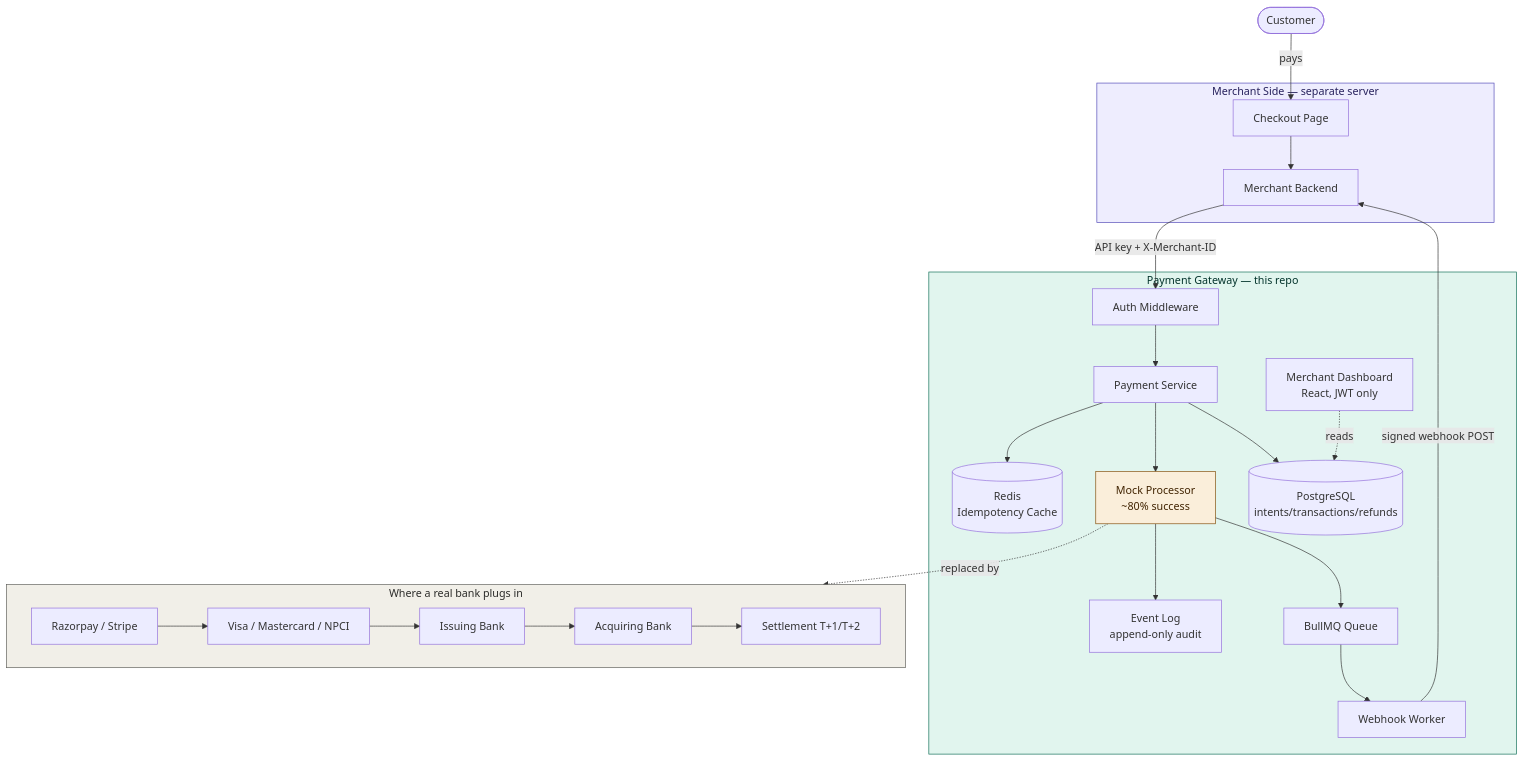
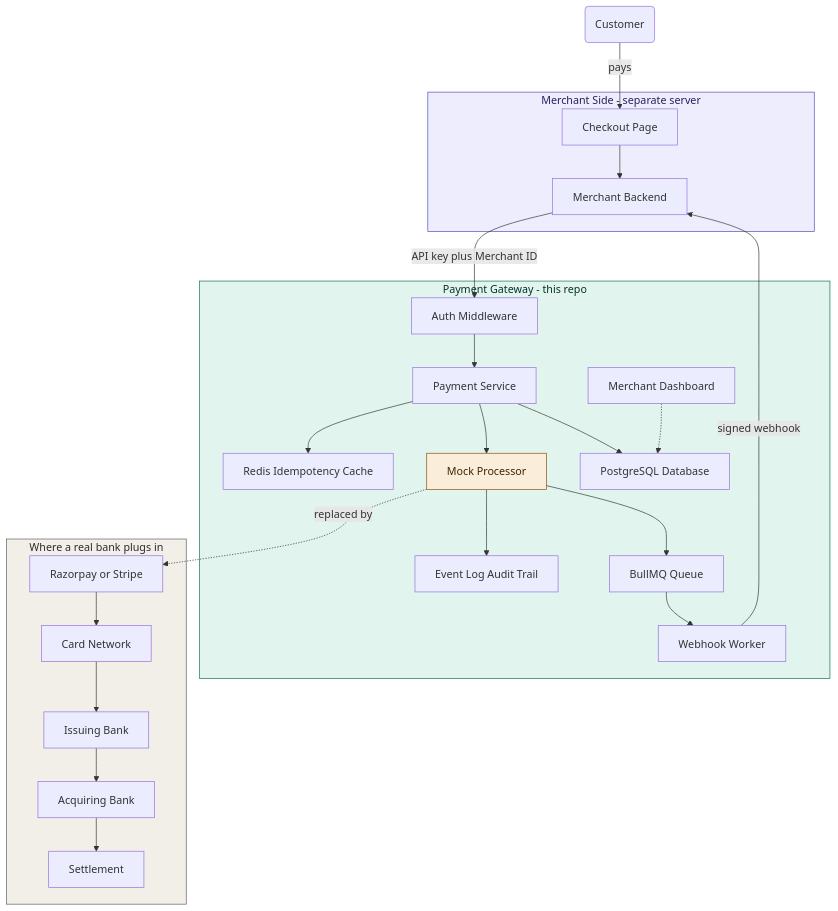
One commit to Abhay2060/payflow changed the diagram in README.md. Above: the diagram before and after it, drawn with Mermaid.

Commit message:
old mermaid code was not working

````diff
--- a/README.md
+++ b/README.md
@@ -30,38 +30,37 @@
 ```mermaid
 flowchart TD
-    Customer([Customer]) -->|pays| Checkout[Checkout Page]
+    Customer(Customer) -->|pays| Checkout[Checkout Page]
 
-    subgraph Merchant["Merchant Side — separate server"]
-        Checkout[Checkout Page] --> MerchBackend[Merchant Backend]
+    subgraph Merchant["Merchant Side - separate server"]
+        Checkout --> MerchBackend[Merchant Backend]
     end
 
-    MerchBackend -->|API key + X-Merchant-ID| AuthMW[Auth Middleware]
+    MerchBackend -->|API key plus Merchant ID| AuthMW[Auth Middleware]
 
-    subgraph Gateway["Payment Gateway — this repo"]
-        AuthMW[Auth Middleware] --> PaymentSvc[Payment Service]
-        PaymentSvc --> Redis[(Redis<br/>Idempotency Cache)]
-        PaymentSvc --> Processor[Mock Processor<br/>~80% success]
-        PaymentSvc --> Postgres[(PostgreSQL<br/>intents/transactions/refunds)]
-        Processor --> EventLog[Event Log<br/>append-only audit]
+    subgraph Gateway["Payment Gateway - this repo"]
+        AuthMW --> PaymentSvc[Payment Service]
+        PaymentSvc --> RedisCache[Redis Idempotency Cache]
+        PaymentSvc --> Processor[Mock Processor]
+        PaymentSvc --> Postgres[PostgreSQL Database]
+        Processor --> EventLog[Event Log Audit Trail]
         Processor --> Queue[BullMQ Queue]
         Queue --> Worker[Webhook Worker]
-        Dashboard[Merchant Dashboard<br/>React, JWT only] -.->|reads| Postgres
+        Dashboard[Merchant Dashboard] -.-> Postgres
     end
 
-    Worker -->|signed webhook POST| MerchBackend
+    Worker -->|signed webhook| MerchBackend
 
     subgraph Banking["Where a real bank plugs in"]
-        direction LR
-        RealProcessor[Razorpay / Stripe] --> Network[Visa / Mastercard / NPCI]
+        RealProcessor[Razorpay or Stripe] --> Network[Card Network]
         Network --> Issuing[Issuing Bank]
         Issuing --> Acquiring[Acquiring Bank]
-        Acquiring --> Settlement[Settlement T+1/T+2]
+        Acquiring --> Settlement[Settlement]
     end
 
     Processor -.->|replaced by| RealProcessor
 
     style Merchant fill:#EEEDFE,stroke:#534AB7,color:#26215C
     style Gateway fill:#E1F5EE,stroke:#0F6E56,color:#04342C
     style Banking fill:#F1EFE8,stroke:#5F5E5A,color:#2C2C2A
     style Processor fill:#FAEEDA,stroke:#854F0B,color:#412402
 ```
````
